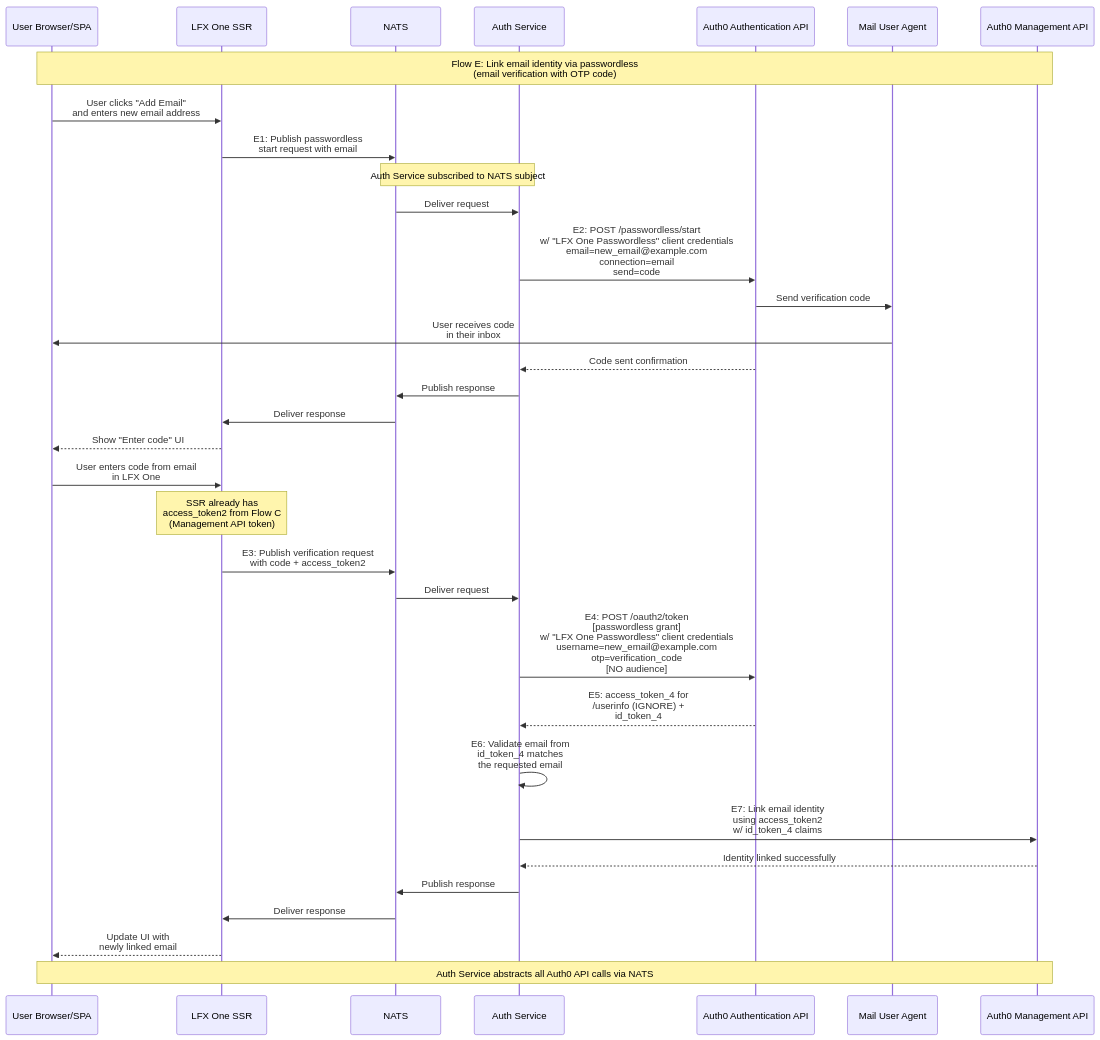
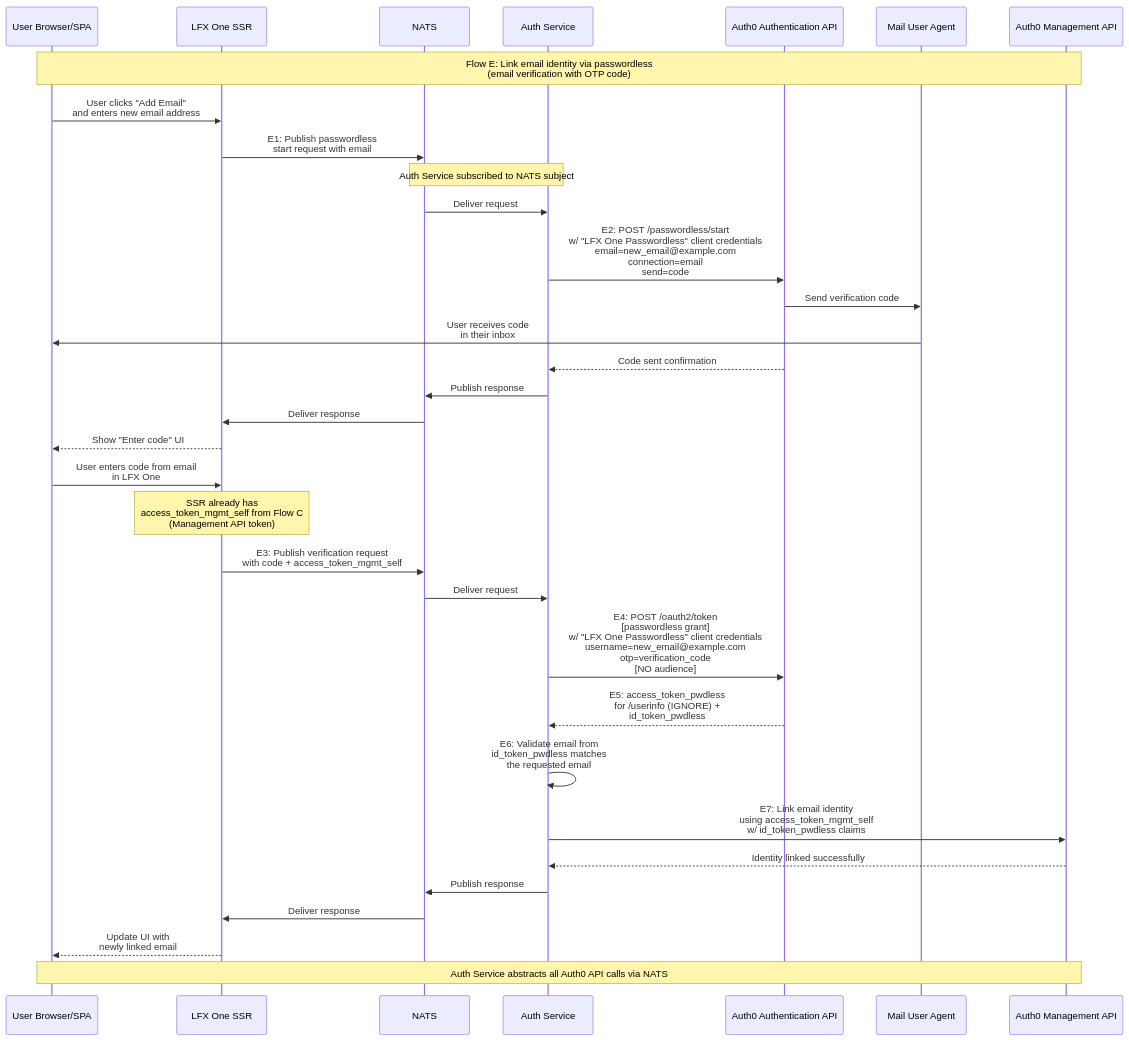
One commit to linuxfoundation/lfx-v2-auth-service changed the diagram in docs/auth-flows/E-passwordless-email-linking.md. Above: the diagram before and after it, drawn with Mermaid. The commit also changed 5 other files, not shown here.

First line of the commit message:
refactor: update access token naming and improve documentation for authentication flows

````diff
--- a/docs/auth-flows/E-passwordless-email-linking.md
+++ b/docs/auth-flows/E-passwordless-email-linking.md
@@ -8,52 +8,52 @@
 ```mermaid
 sequenceDiagram
     participant Browser as User Browser/SPA
     participant SSR as LFX One SSR
     participant NATS as NATS
     participant AuthSvc as Auth Service
     participant Auth0 as Auth0 Authentication API
     participant MUA as Mail User Agent
     participant Auth0Mgmt as Auth0 Management API
 
     Note over Browser,Auth0Mgmt: Flow E: Link email identity via passwordless<br/>(email verification with OTP code)
     
     Browser->>SSR: User clicks "Add Email"<br/>and enters new email address
     
     SSR->>NATS: E1: Publish passwordless<br/>start request with email
     Note over NATS,AuthSvc: Auth Service subscribed to NATS subject
     NATS->>AuthSvc: Deliver request
     
     AuthSvc->>Auth0: E2: POST /passwordless/start<br/>w/ "LFX One Passwordless" client credentials<br/>email=new_email@example.com<br/>connection=email<br/>send=code
     
     Auth0->>MUA: Send verification code
     
     MUA->>Browser: User receives code<br/>in their inbox
     
     Auth0-->>AuthSvc: Code sent confirmation
     AuthSvc->>NATS: Publish response
     NATS->>SSR: Deliver response
     SSR-->>Browser: Show "Enter code" UI
     
     Browser->>SSR: User enters code from email<br/>in LFX One
     
-    Note over SSR: SSR already has<br/>access_token2 from Flow C<br/>(Management API token)
-    
-    SSR->>NATS: E3: Publish verification request<br/>with code + access_token2
+    Note over SSR: SSR already has<br/>access_token_mgmt_self from Flow C<br/>(Management API token)
+
+    SSR->>NATS: E3: Publish verification request<br/>with code + access_token_mgmt_self
     NATS->>AuthSvc: Deliver request
-    
+
     AuthSvc->>Auth0: E4: POST /oauth2/token<br/>[passwordless grant]<br/>w/ "LFX One Passwordless" client credentials<br/>username=new_email@example.com<br/>otp=verification_code<br/>[NO audience]
-    
-    Auth0-->>AuthSvc: E5: access_token_4 for<br/>/userinfo (IGNORE) +<br/>id_token_4
 
-    AuthSvc->>AuthSvc: E6: Validate email from<br/>id_token_4 matches<br/>the requested email
+    Auth0-->>AuthSvc: E5: access_token_pwdless<br/>for /userinfo (IGNORE) +<br/>id_token_pwdless
 
-    AuthSvc->>Auth0Mgmt: E7: Link email identity<br/>using access_token2<br/>w/ id_token_4 claims
+    AuthSvc->>AuthSvc: E6: Validate email from<br/>id_token_pwdless matches<br/>the requested email
+
+    AuthSvc->>Auth0Mgmt: E7: Link email identity<br/>using access_token_mgmt_self<br/>w/ id_token_pwdless claims
     
     Auth0Mgmt-->>AuthSvc: Identity linked successfully
     AuthSvc->>NATS: Publish response
     NATS->>SSR: Deliver response
     
     SSR-->>Browser: Update UI with<br/>newly linked email
     
     Note over Browser,Auth0Mgmt: Auth Service abstracts all Auth0 API calls via NATS
 ```
````
